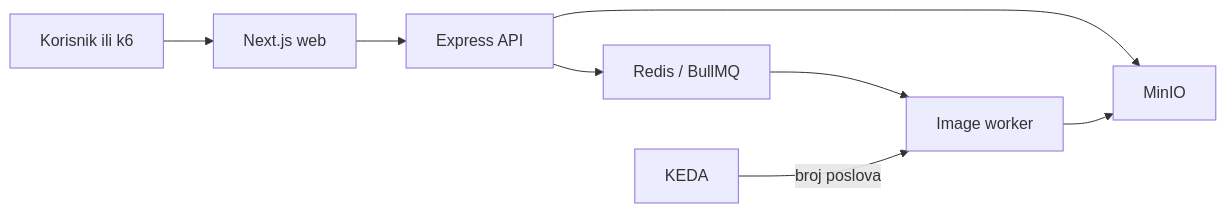
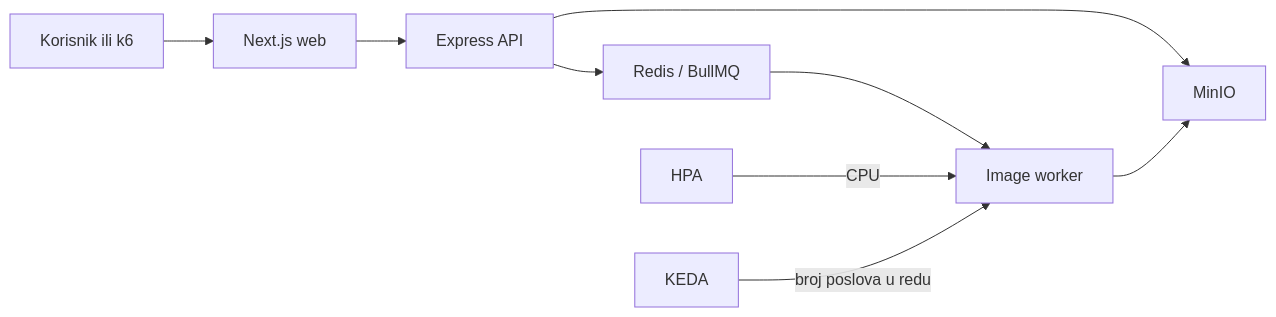
Before and after one commit to otuzbirh/cloud-media-processor: the diagram in README.md, drawn with Mermaid. The commit also changed other lines of this file and 24 other files, not shown here.

````diff
--- a/README.md
+++ b/README.md
@@ -26,10 +26,11 @@
 ```mermaid
 flowchart LR
     U["Korisnik ili k6"] --> W["Next.js web"]
     W --> A["Express API"]
     A --> R["Redis / BullMQ"]
     A --> S["MinIO"]
     R --> P["Image worker"]
     P --> S
-    K["KEDA"] -->|"broj poslova"| P
+    H["HPA"] -->|"CPU"| P
+    K["KEDA"] -->|"broj poslova u redu"| P
 ```
````
